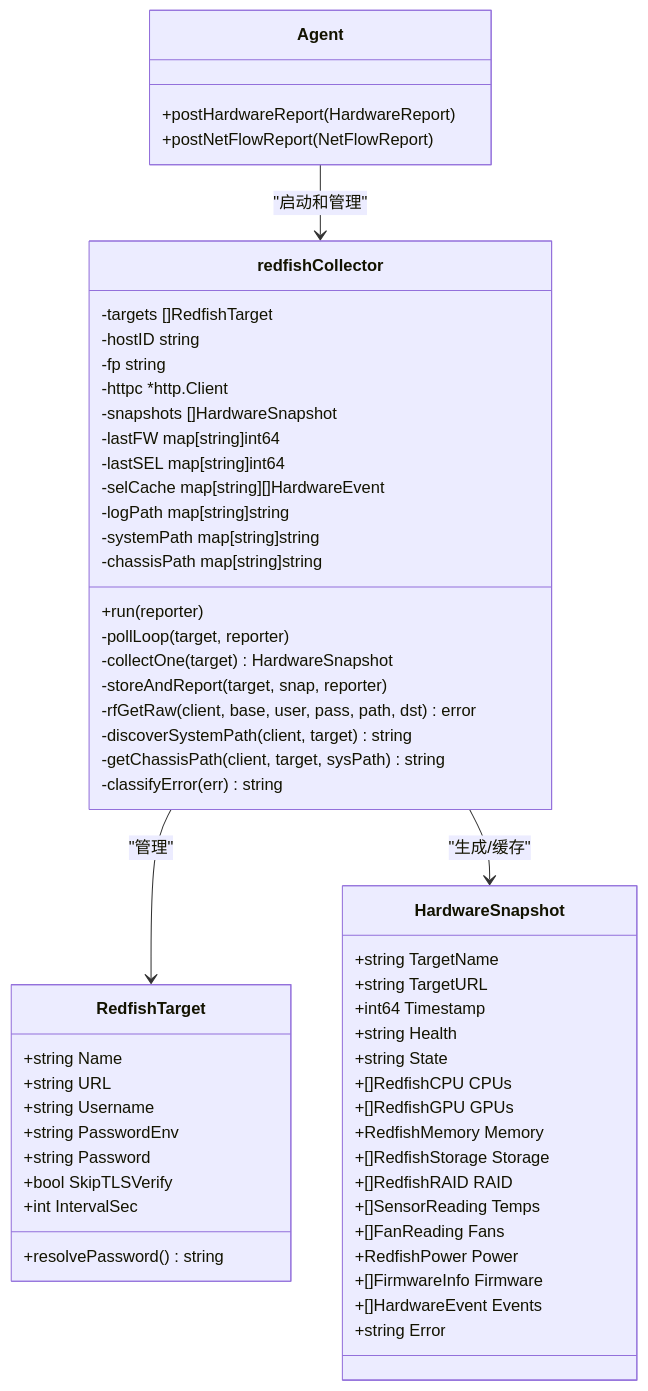
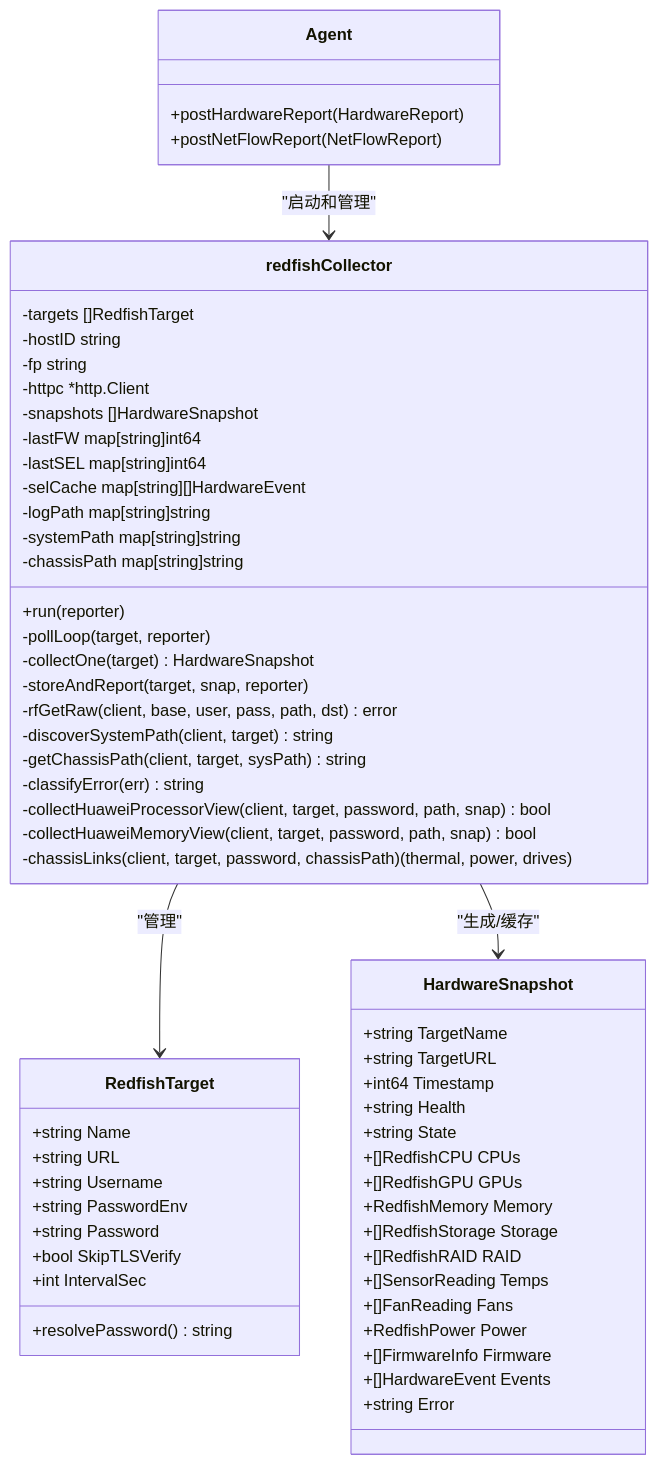
The third of 6 diagrams in .qoder/repowiki/zh/content/架构设计/Agent 客户端架构/Redfish硬件采集器.md (sreyun/aiops-monitor), drawn with Mermaid before and after one commit. The commit also changed other lines of this file and 57 other files, not shown here.

First line of the commit message:
feat(v6.8.0): OceanStor存储采集器+硬件资产变更追溯+重复主机清理+Hermes硬件工具+flow_records分区改造

````diff
--- a/.qoder/repowiki/zh/content/架构设计/Agent 客户端架构/Redfish硬件采集器.md
+++ b/.qoder/repowiki/zh/content/架构设计/Agent 客户端架构/Redfish硬件采集器.md
@@ -626,59 +719,62 @@
 ```mermaid
 classDiagram
 class RedfishTarget {
 +string Name
 +string URL
 +string Username
 +string PasswordEnv
 +string Password
 +bool SkipTLSVerify
 +int IntervalSec
 +resolvePassword() string
 }
 class redfishCollector {
 -targets []RedfishTarget
 -hostID string
 -fp string
 -httpc *http.Client
 -snapshots []HardwareSnapshot
 -lastFW map[string]int64
 -lastSEL map[string]int64
 -selCache map[string][]HardwareEvent
 -logPath map[string]string
 -systemPath map[string]string
 -chassisPath map[string]string
 +run(reporter)
 -pollLoop(target, reporter)
 -collectOne(target) HardwareSnapshot
 -storeAndReport(target, snap, reporter)
 -rfGetRaw(client, base, user, pass, path, dst) error
 -discoverSystemPath(client, target) string
 -getChassisPath(client, target, sysPath) string
 -classifyError(err) string
+-collectHuaweiProcessorView(client, target, password, path, snap) bool
+-collectHuaweiMemoryView(client, target, password, path, snap) bool
+-chassisLinks(client, target, password, chassisPath) (thermal, power, drives)
 }
 class HardwareSnapshot {
 +string TargetName
 +string TargetURL
 +int64 Timestamp
 +string Health
 +string State
 +[]RedfishCPU CPUs
 +[]RedfishGPU GPUs
 +RedfishMemory Memory
 +[]RedfishStorage Storage
 +[]RedfishRAID RAID
 +[]SensorReading Temps
 +[]FanReading Fans
 +RedfishPower Power
 +[]FirmwareInfo Firmware
 +[]HardwareEvent Events
 +string Error
 }
 class Agent {
 +postHardwareReport(HardwareReport)
 +postNetFlowReport(NetFlowReport)
 }
 redfishCollector --> RedfishTarget : "管理"
 redfishCollector --> HardwareSnapshot : "生成/缓存"
 Agent --> redfishCollector : "启动和管理"
 ```
````
